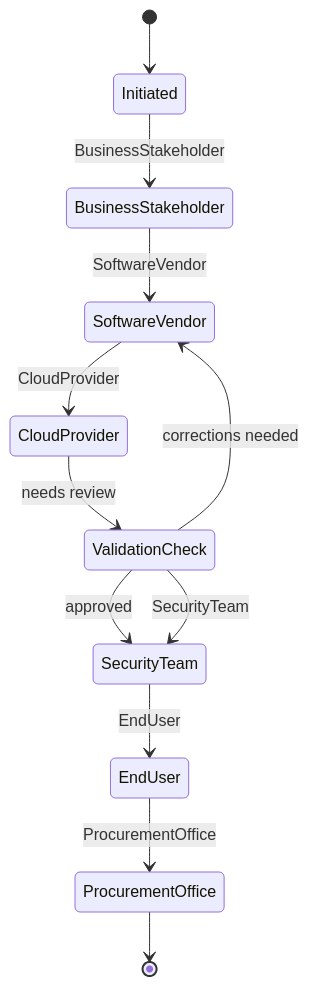
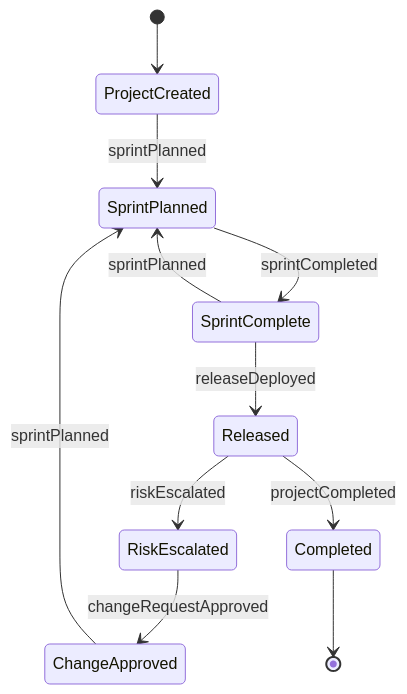
One commit to dot-org-ai/tasks.org.ai changed the second of 4 diagrams in GuidingDirectingAndMotivatingSubordinates/DirectScientificOrTechnicalActivities/ManageInformationTechnologyProjectsSystem.mdx. Above: the diagram before and after it, drawn with Mermaid. The commit also changed other lines of this file and 515 other files, not shown here.

````diff
--- a/GuidingDirectingAndMotivatingSubordinates/DirectScientificOrTechnicalActivities/ManageInformationTechnologyProjectsSystem.mdx
+++ b/GuidingDirectingAndMotivatingSubordinates/DirectScientificOrTechnicalActivities/ManageInformationTechnologyProjectsSystem.mdx
@@ -103,14 +101,13 @@
 ```mermaid
 stateDiagram-v2
-    [*] --> Initiated
-    Initiated --> BusinessStakeholder: BusinessStakeholder
-    BusinessStakeholder --> SoftwareVendor: SoftwareVendor
-    SoftwareVendor --> CloudProvider: CloudProvider
-    CloudProvider --> ValidationCheck: needs review
-    ValidationCheck --> SoftwareVendor: corrections needed
-    ValidationCheck --> SecurityTeam: approved
-    ValidationCheck --> SecurityTeam: SecurityTeam
-    SecurityTeam --> EndUser: EndUser
-    EndUser --> ProcurementOffice: ProcurementOffice
-    ProcurementOffice --> [*]
+    [*] --> ProjectCreated
+    ProjectCreated --> SprintPlanned : sprintPlanned
+    SprintPlanned --> SprintComplete : sprintCompleted
+    SprintComplete --> Released : releaseDeployed
+    SprintComplete --> SprintPlanned : sprintPlanned
+    Released --> RiskEscalated : riskEscalated
+    RiskEscalated --> ChangeApproved : changeRequestApproved
+    ChangeApproved --> SprintPlanned : sprintPlanned
+    Released --> Completed : projectCompleted
+    Completed --> [*]
 ```
````
